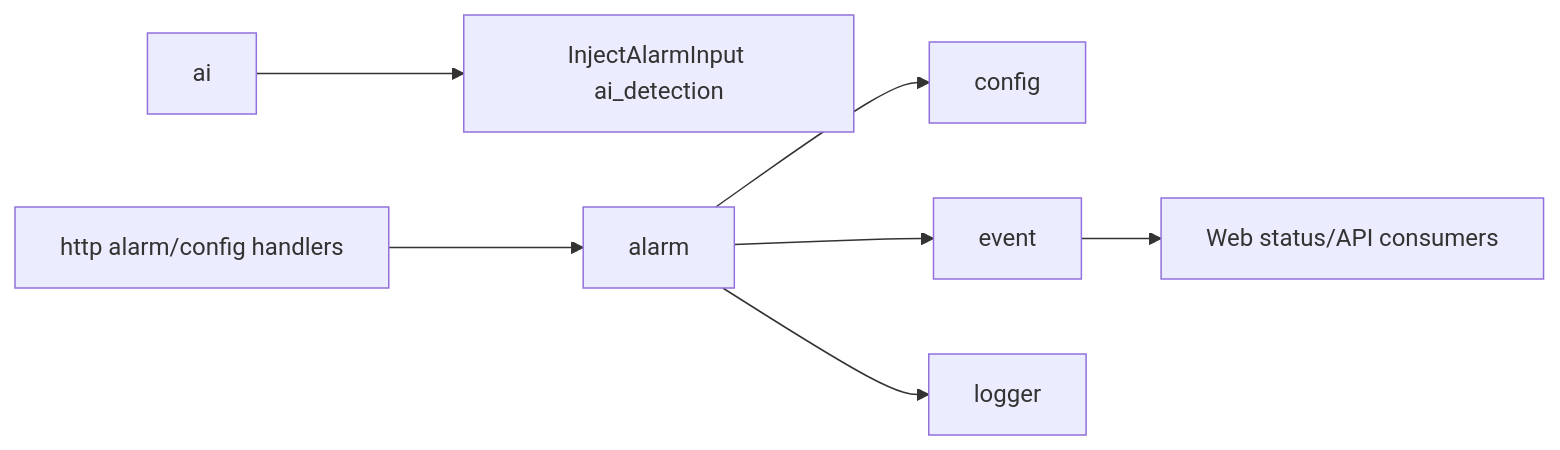
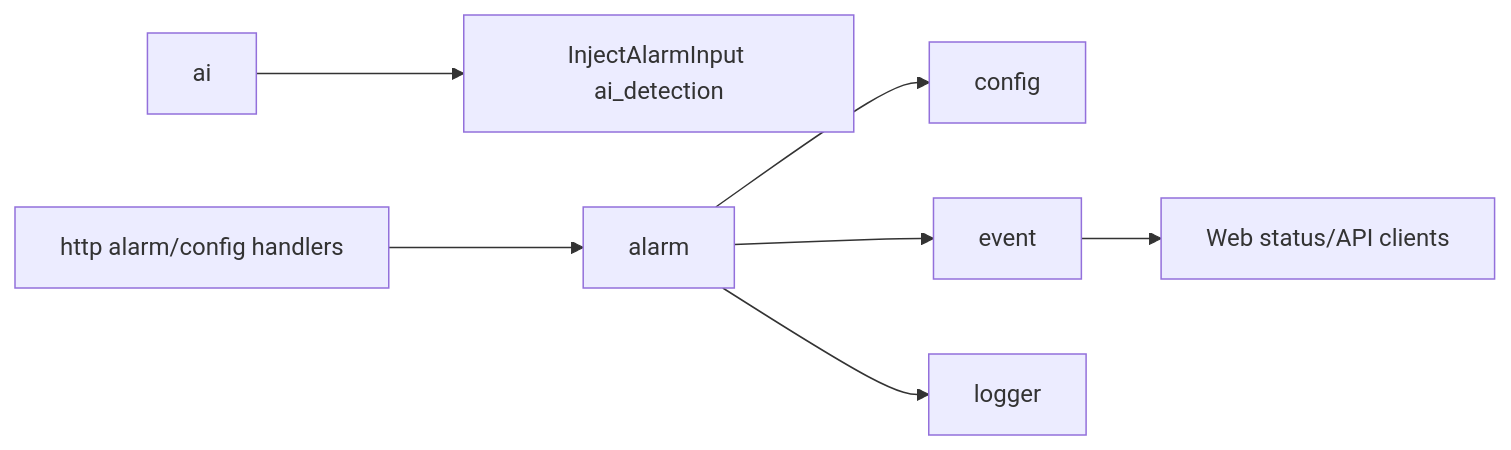
The diagram in docs/libs/alarm.md (373699756/live_stream), drawn with Mermaid before and after one commit. The commit also changed other lines of this file and 359 other files, not shown here.

````diff
--- a/docs/libs/alarm.md
+++ b/docs/libs/alarm.md
@@ -14,9 +14,9 @@
 ```mermaid
 flowchart LR
   AI[ai] --> Input[InjectAlarmInput ai_detection]
   HTTP[http alarm/config handlers] --> Alarm[alarm]
   Alarm --> Config[config]
   Alarm --> Event[event]
   Alarm --> Logger[logger]
-  Event --> Web[Web status/API consumers]
+  Event --> Web[Web status/API clients]
 ```
````
